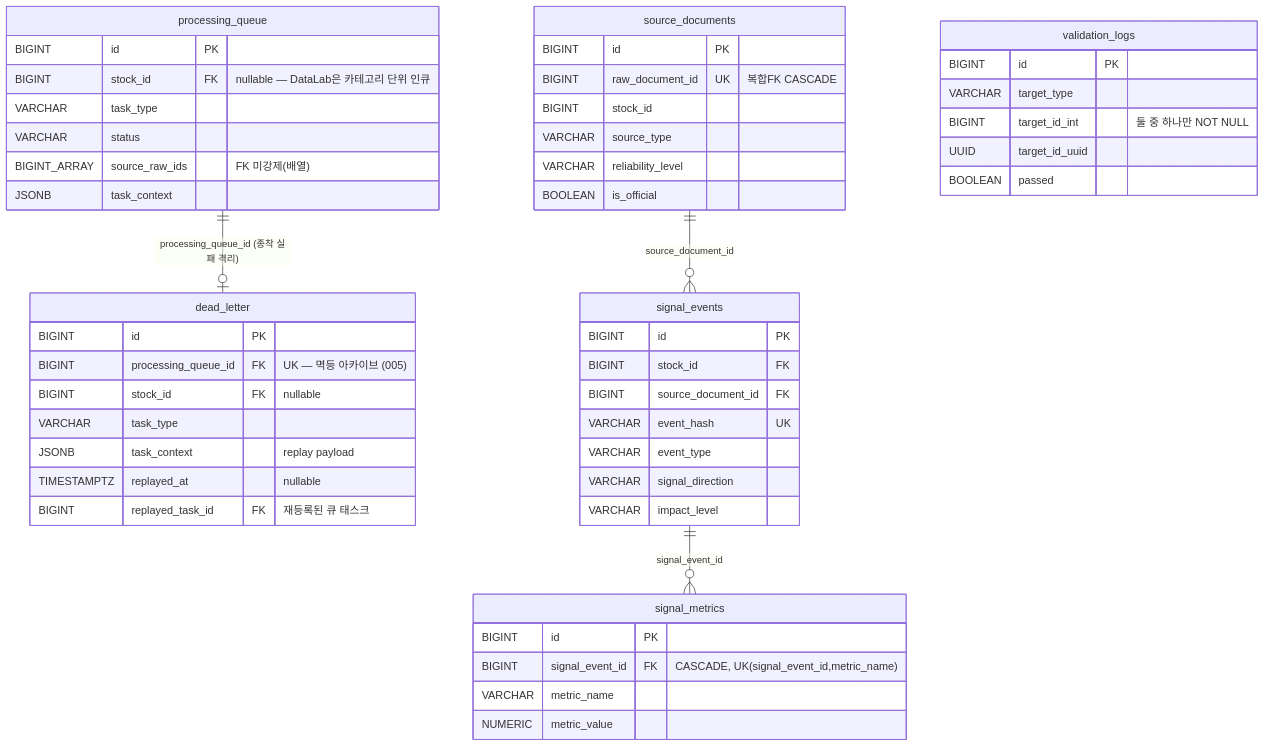
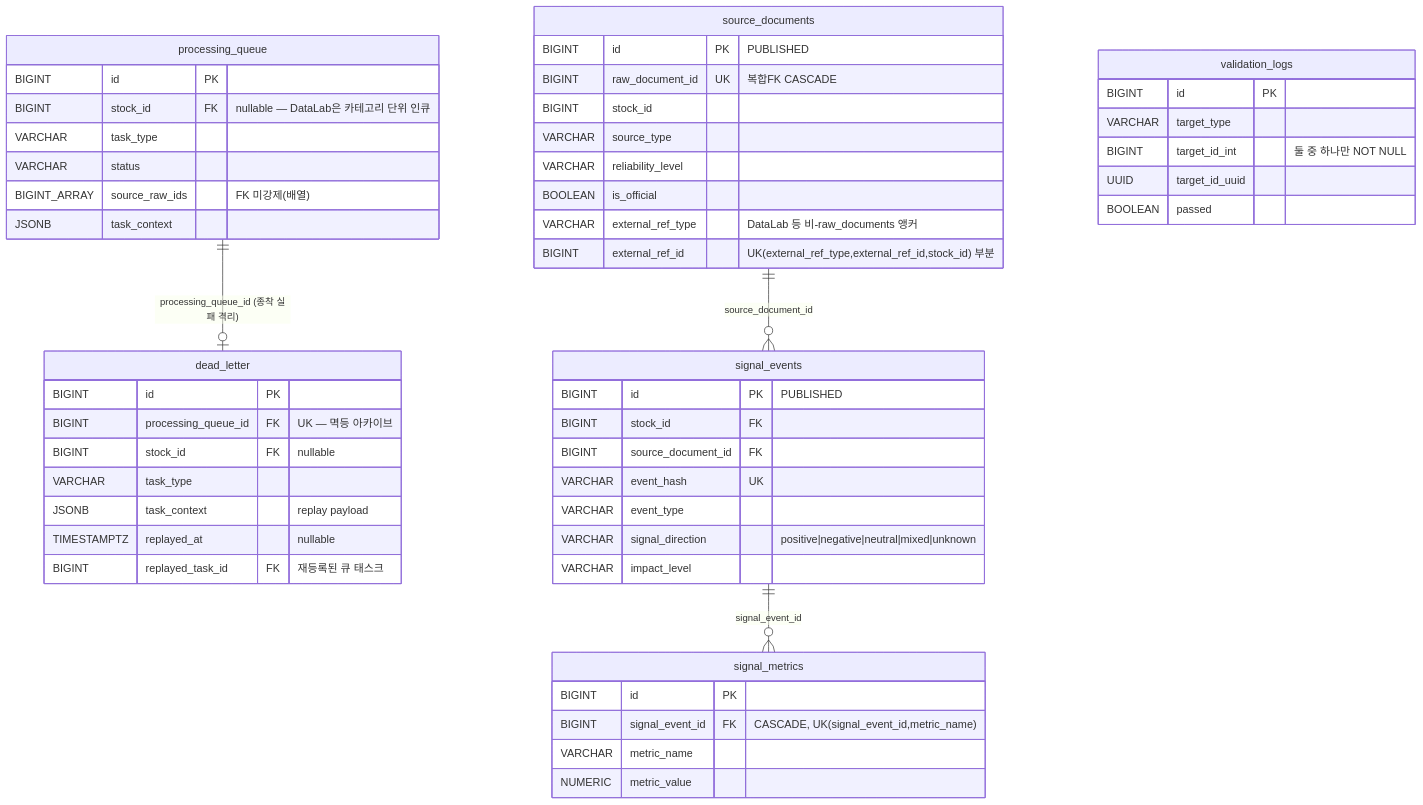
One commit to AIX14-3/signal-alpha changed the fifth of 10 diagrams in database/erd/signal_alpha_core_erd.md. Above: the diagram before and after it, drawn with Mermaid. The commit also changed other lines of this file, not shown here.

````diff
--- a/database/erd/signal_alpha_core_erd.md
+++ b/database/erd/signal_alpha_core_erd.md
@@ -202,59 +287,61 @@
 ```mermaid
 erDiagram
     processing_queue {
         BIGINT id PK
         BIGINT stock_id FK "nullable — DataLab은 카테고리 단위 인큐"
         VARCHAR task_type
         VARCHAR status
         BIGINT_ARRAY source_raw_ids "FK 미강제(배열)"
         JSONB task_context
     }
 
     dead_letter {
         BIGINT id PK
-        BIGINT processing_queue_id FK "UK — 멱등 아카이브 (005)"
+        BIGINT processing_queue_id FK "UK — 멱등 아카이브"
         BIGINT stock_id FK "nullable"
         VARCHAR task_type
         JSONB task_context "replay payload"
         TIMESTAMPTZ replayed_at "nullable"
         BIGINT replayed_task_id FK "재등록된 큐 태스크"
     }
 
     source_documents {
-        BIGINT id PK
+        BIGINT id PK "PUBLISHED"
         BIGINT raw_document_id UK "복합FK CASCADE"
         BIGINT stock_id
         VARCHAR source_type
         VARCHAR reliability_level
         BOOLEAN is_official
+        VARCHAR external_ref_type "DataLab 등 비-raw_documents 앵커"
+        BIGINT external_ref_id "UK(external_ref_type,external_ref_id,stock_id) 부분"
     }
 
     signal_events {
-        BIGINT id PK
+        BIGINT id PK "PUBLISHED"
         BIGINT stock_id FK
         BIGINT source_document_id FK
         VARCHAR event_hash UK
         VARCHAR event_type
-        VARCHAR signal_direction
+        VARCHAR signal_direction "positive|negative|neutral|mixed|unknown"
         VARCHAR impact_level
     }
 
     signal_metrics {
         BIGINT id PK
         BIGINT signal_event_id FK "CASCADE, UK(signal_event_id,metric_name)"
         VARCHAR metric_name
         NUMERIC metric_value
     }
 
     validation_logs {
         BIGINT id PK
         VARCHAR target_type
         BIGINT target_id_int "둘 중 하나만 NOT NULL"
         UUID target_id_uuid
         BOOLEAN passed
     }
 
     source_documents ||--o{ signal_events : "source_document_id"
     signal_events ||--o{ signal_metrics : "signal_event_id"
     processing_queue ||--o| dead_letter : "processing_queue_id (종착 실패 격리)"
 ```
````
